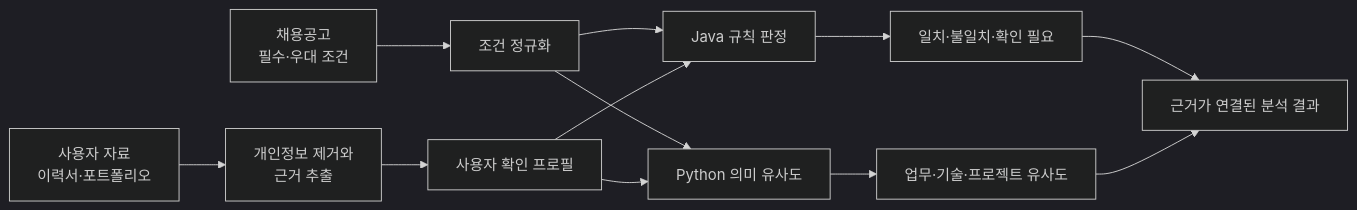
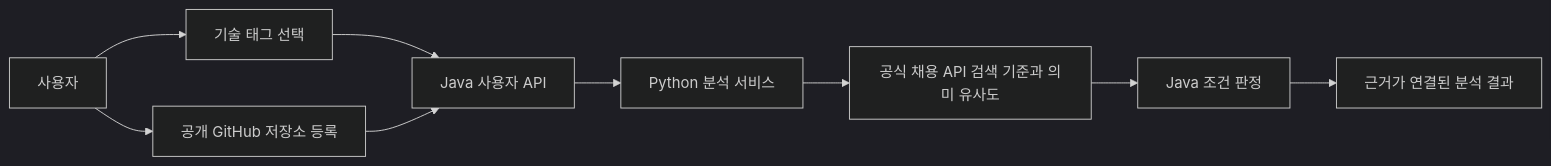
Before and after one commit to hwang67120-bit/career-compass-ai: the first of 3 diagrams in README.md, drawn with Mermaid (dark theme). The commit also changed other lines of this file and 71 other files, not shown here.

````diff
--- a/README.md
+++ b/README.md
@@ -24,14 +16,11 @@
 ```mermaid
 flowchart LR
-    A["사용자 자료<br/>이력서·포트폴리오"] --> B["개인정보 제거와<br/>근거 추출"]
-    C["채용공고<br/>필수·우대 조건"] --> D["조건 정규화"]
-    B --> E["사용자 확인 프로필"]
-    D --> F["Java 규칙 판정"]
-    E --> F
-    D --> G["Python 의미 유사도"]
-    E --> G
-    F --> H["일치·불일치·확인 필요"]
-    G --> I["업무·기술·프로젝트 유사도"]
-    H --> J["근거가 연결된 분석 결과"]
-    I --> J
+    USER["사용자"] --> TAG["기술 태그 선택"]
+    USER --> GITHUB["공개 GitHub 저장소 등록"]
+    TAG --> JAVA["Java 사용자 API"]
+    GITHUB --> JAVA
+    JAVA --> PYTHON["Python 분석 서비스"]
+    PYTHON --> JOB["공식 채용 API 검색 기준과 의미 유사도"]
+    JOB --> RULE["Java 조건 판정"]
+    RULE --> RESULT["근거가 연결된 분석 결과"]
 ```
````
